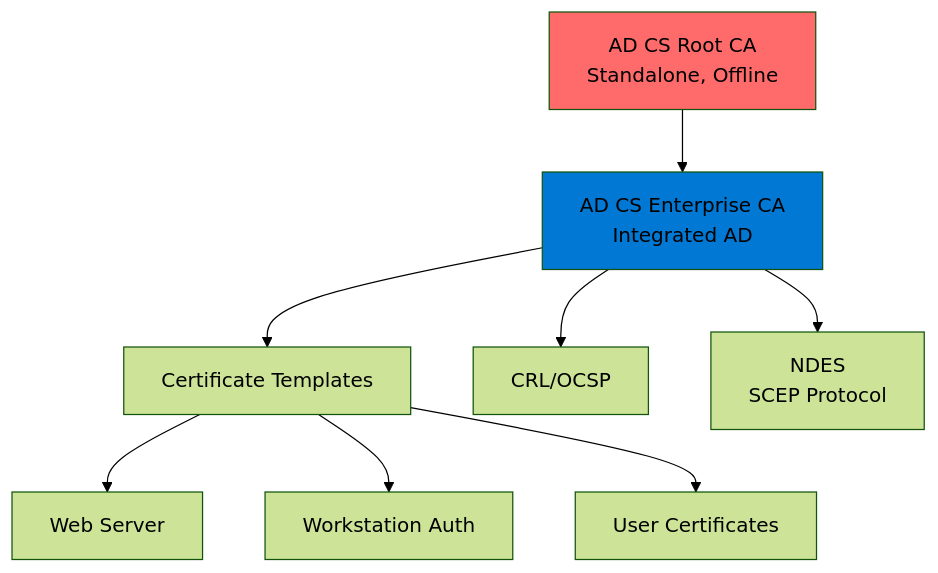
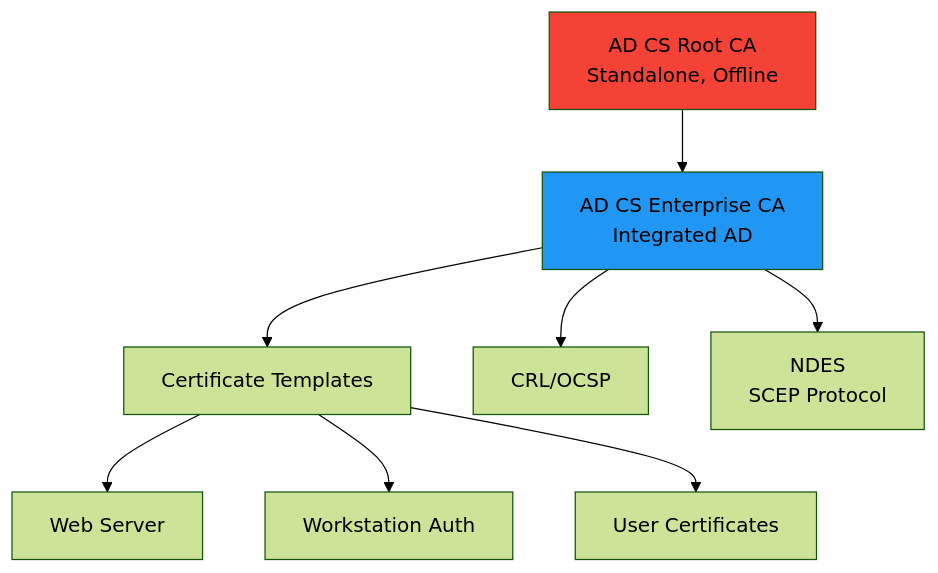
The second of 3 diagrams in docs/formations/pki-certificates/03-module.md (VBlackJack/ShellBook), drawn with Mermaid (forest theme) before and after one commit. The commit also changed other lines of this file and 337 other files, not shown here.

First line of the commit message:
refactor(docs): Standardize code blocks and Mermaid colors

````diff
--- a/docs/formations/pki-certificates/03-module.md
+++ b/docs/formations/pki-certificates/03-module.md
@@ -362,14 +362,14 @@
 ```mermaid
 graph TD
     A[AD CS Root CA<br/>Standalone, Offline] --> B[AD CS Enterprise CA<br/>Integrated AD]
     B --> C[Certificate Templates]
     C --> D[Web Server]
     C --> E[Workstation Auth]
     C --> F[User Certificates]
 
     B --> G[CRL/OCSP]
     B --> H[NDES<br/>SCEP Protocol]
 
-    style A fill:#ff6b6b
-    style B fill:#0078d4
+    style A fill:#f44336
+    style B fill:#2196F3
 ```
````
